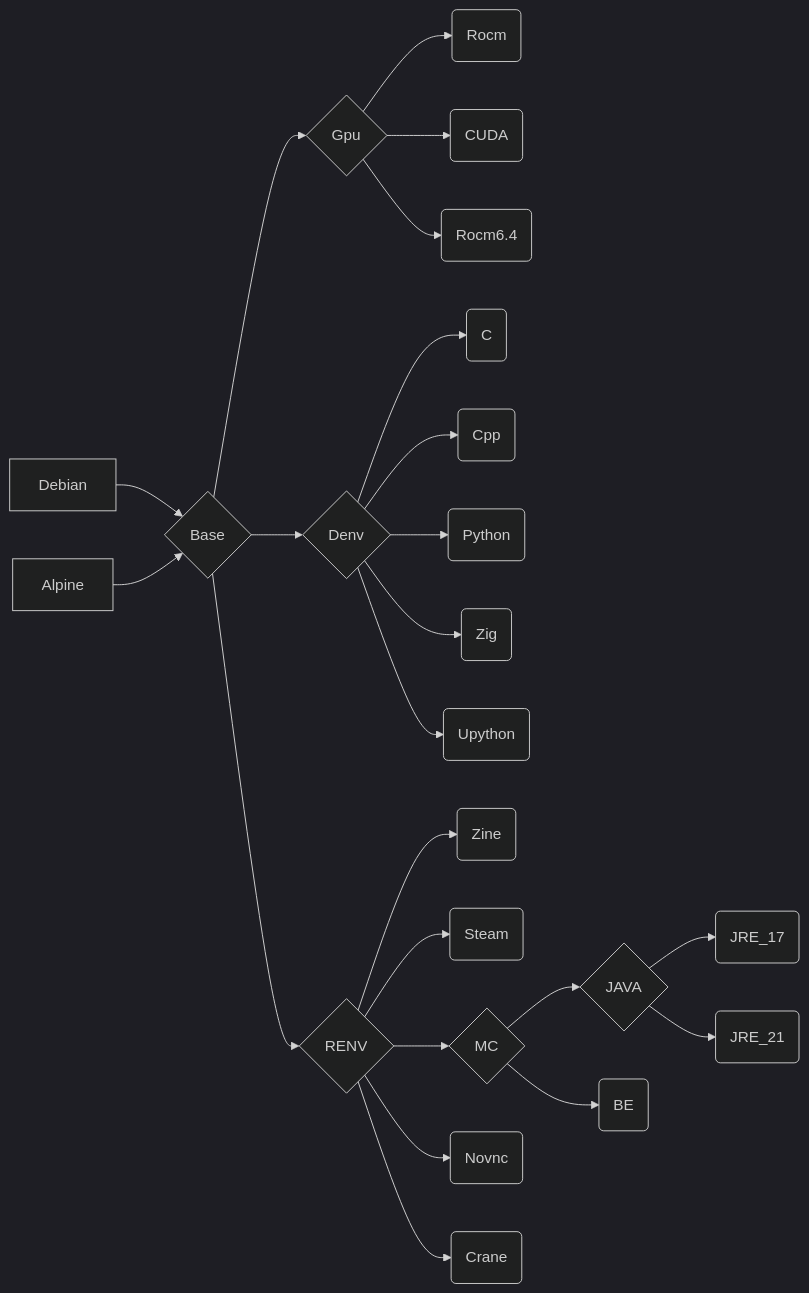
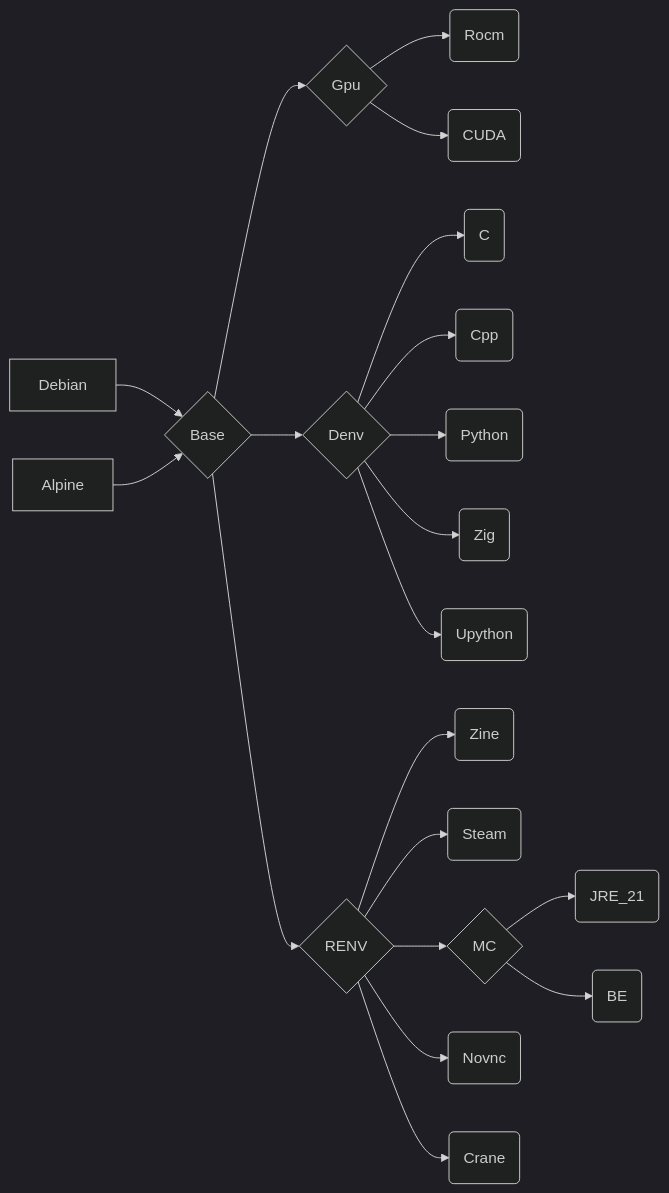
Before and after one commit to eoeair/cenv: the diagram in README.md, drawn with Mermaid (dark theme). The commit also changed other lines of this file and 6 other files, not shown here.

Commit message:
remove jre17 & rocm6.4

````diff
--- a/README.md
+++ b/README.md
@@ -64,27 +64,24 @@
 ```mermaid
 graph LR
 Debian-->B{Base}
 Alpine-->B
  
 B-->G{Gpu}-->GA(Rocm)
 G-->GB(CUDA)
-G-->GC(Rocm6.4)
 
 B-->D{Denv}
 D-->DA(C)
 D-->DB(Cpp)
 D-->DC(Python)
 D-->DD(Zig)
 D-->DE(Upython)
 
 B-->R{RENV}
 R-->RA(Zine)
 R-->RB(Steam)
 R-->RC{MC}
-RC-->RCA{JAVA}
+RC-->RCA(JRE_21)
 RC-->RCB(BE)
-RCA-->RCAA(JRE_17)
-RCA-->RCAB(JRE_21)
 R-->RD(Novnc)
 R-->RE(Crane)
 ```
````
